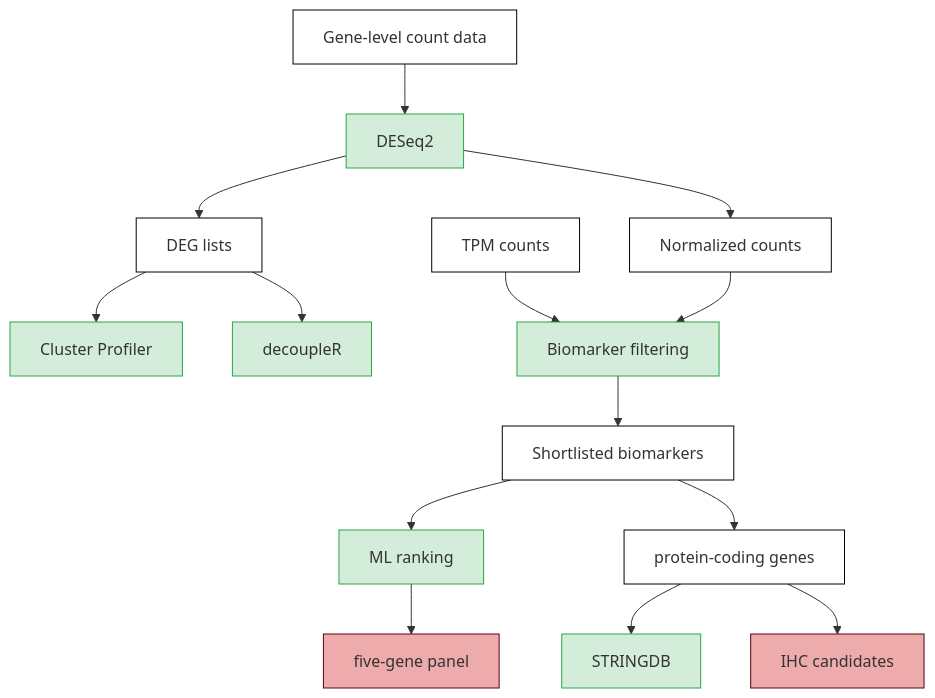
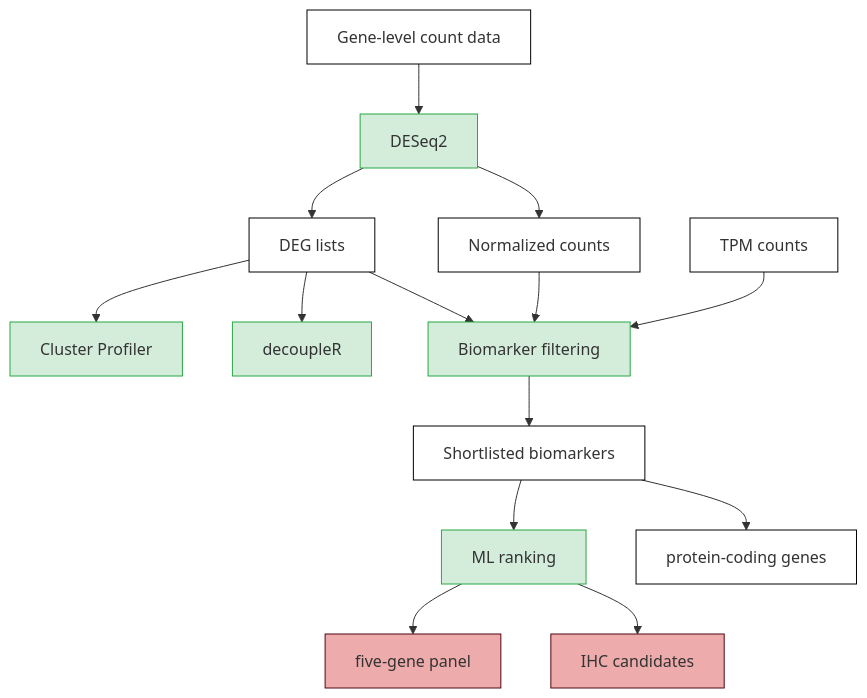
One commit to tudumanne/BulkRNAseq_Barretts changed the diagram in R/README.md. Above: the diagram before and after it, drawn with Mermaid.

Commit message:
Updated R description

````diff
--- a/R/README.md
+++ b/R/README.md
@@ -37,21 +37,21 @@
 ``` mermaid
 graph TD; 
     classDef method fill:#d4edda,stroke:#28a745;
     classDef input fill:#ffffff,stroke:#000000;
     classDef output1 fill:#ffffff,stroke:#000000;
     classDef output2 fill:#edabab,stroke:#520612;
     
     A[Gene-level count data]:::input-->B[DESeq2]:::method;
     B-->C[DEG lists]:::output1;
     B-->D[Normalized counts]:::output1;
     C-->E[Cluster Profiler]:::method;
     C-->F[decoupleR]:::method;
     G[TPM counts]:::input-->H[Biomarker filtering]:::method;
     D-->H;
+    C-->H;
     H-->J[Shortlisted biomarkers]:::output1;
     J-->K[ML ranking]:::method;
     J-->L[protein-coding genes]:::output1;
-    L-->M[STRINGDB]:::method;
-    K-->O[five-gene panel]:::output2;
-    L-->P[IHC candidates]:::output2;
+    K-->M[five-gene panel]:::output2;
+    K-->N[IHC candidates]:::output2;
 ```
````
